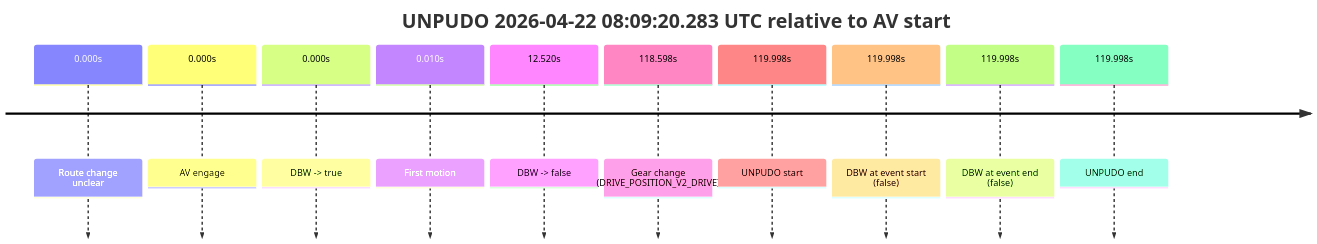
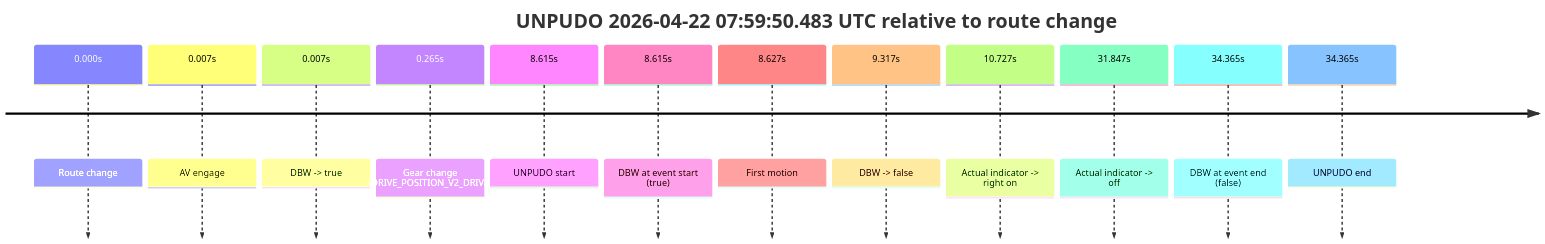
The eighth of 9 diagrams in model_analysis/report_cards/2026/04/Week-4/fme20036--2026-04-22--06-33-19--gen2-av-a5ab6b59-04e9-48b8-ab1d-b3db64f8f137.md (yoelshapiro/vault), drawn with Mermaid before and after one commit. The commit also changed other lines of this file and 17 other files, not shown here.

````diff
--- a/model_analysis/report_cards/2026/04/Week-4/fme20036--2026-04-22--06-33-19--gen2-av-a5ab6b59-04e9-48b8-ab1d-b3db64f8f137.md
+++ b/model_analysis/report_cards/2026/04/Week-4/fme20036--2026-04-22--06-33-19--gen2-av-a5ab6b59-04e9-48b8-ab1d-b3db64f8f137.md
@@ -765,14 +690,16 @@
 ```mermaid
 timeline
-    title UNPUDO 2026-04-22 08:09:20.283 UTC relative to AV start
-    0.000s : Route change unclear
-    0.000s : AV engage
-    0.000s : DBW -> true
-    0.010s : First motion
-    12.520s : DBW -> false
-    118.598s : Gear change (DRIVE_POSITION_V2_DRIVE)
-    119.998s : UNPUDO start
-    119.998s : DBW at event start (false)
-    119.998s : DBW at event end (false)
-    119.998s : UNPUDO end
+    title UNPUDO 2026-04-22 07:59:50.483 UTC relative to route change
+    0.000s : Route change
+    0.007s : AV engage
+    0.007s : DBW -> true
+    0.265s : Gear change (DRIVE_POSITION_V2_DRIVE)
+    8.615s : UNPUDO start
+    8.615s : DBW at event start (true)
+    8.627s : First motion
+    9.317s : DBW -> false
+    10.727s : Actual indicator -> right on
+    31.847s : Actual indicator -> off
+    34.365s : DBW at event end (false)
+    34.365s : UNPUDO end
 ```
````
